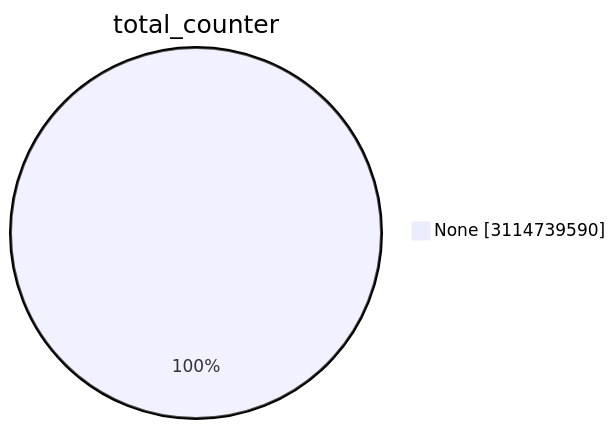
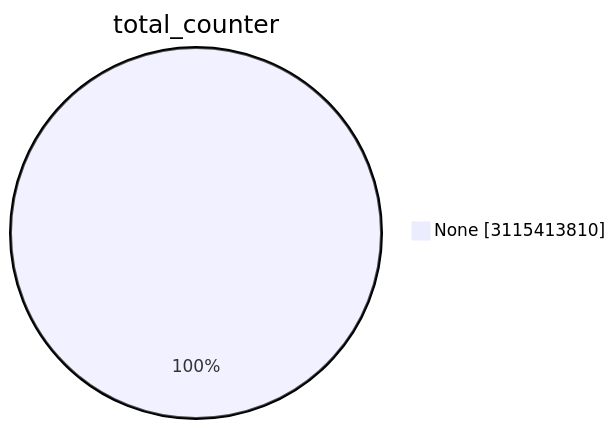
One commit to christiankrug/ctmonitor_visualization changed the first of 15 diagrams in TOTAL/README.md. Above: the diagram before and after it, drawn with Mermaid. The commit also changed other lines of this file, not shown here.

````diff
--- a/TOTAL/README.md
+++ b/TOTAL/README.md
@@ -1,5 +1,5 @@
 ```mermaid
 pie showData
 title total_counter
-"None" :3114739590
+"None" :3115413810
 ```
````
